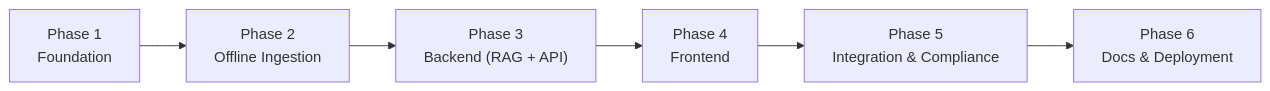
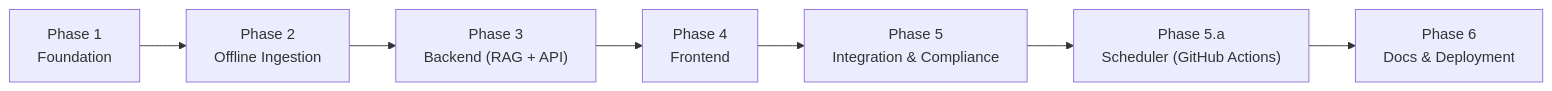
The first of 2 diagrams in Docs/implementation_plan.md (KarthikBattaram19/Mutual_Fund_Chat_Bot), drawn with Mermaid before and after one commit. The commit also changed other lines of this file and 5 other files, not shown here.

First line of the commit message:
Add GitHub Actions daily ingestion scheduler (Phase 5.a).

````diff
--- a/Docs/implementation_plan.md
+++ b/Docs/implementation_plan.md
@@ -30,11 +30,12 @@
 ```mermaid
 flowchart LR
     P1["Phase 1<br/>Foundation"]
     P2["Phase 2<br/>Offline Ingestion"]
     P3["Phase 3<br/>Backend (RAG + API)"]
     P4["Phase 4<br/>Frontend"]
     P5["Phase 5<br/>Integration & Compliance"]
+    P5a["Phase 5.a<br/>Scheduler (GitHub Actions)"]
     P6["Phase 6<br/>Docs & Deployment"]
 
-    P1 --> P2 --> P3 --> P4 --> P5 --> P6
+    P1 --> P2 --> P3 --> P4 --> P5 --> P5a --> P6
 ```
````
